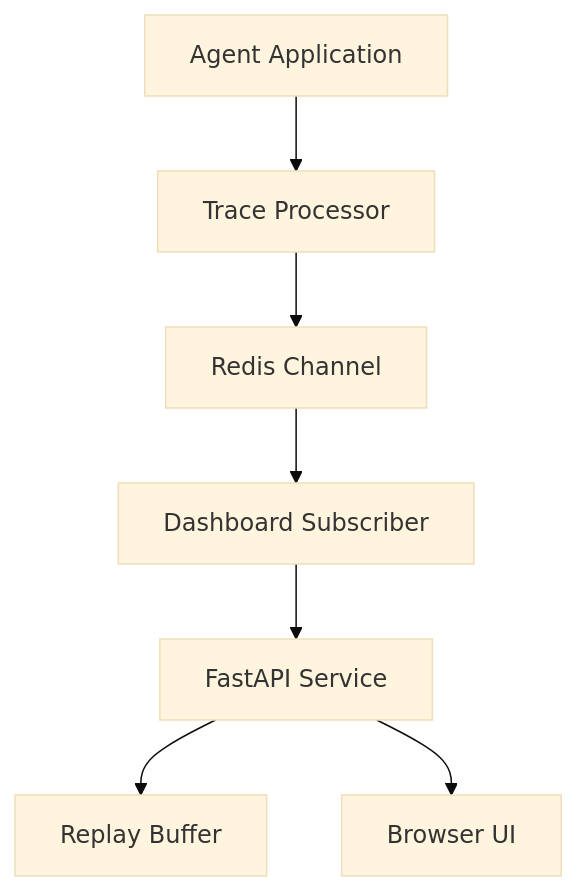
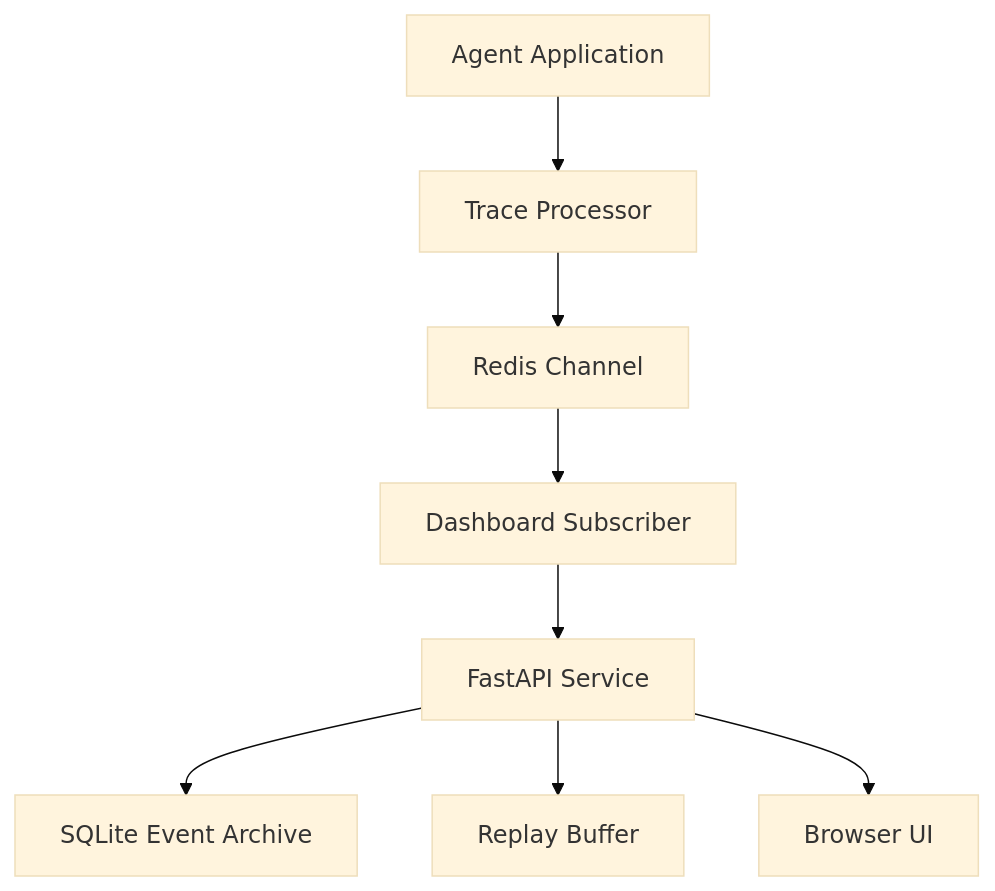
One commit to cubetribe/OpenAI_Agent_SDK_Dashboard changed the diagram in docs/architecture.md. Above: the diagram before and after it, drawn with Mermaid (base theme). The commit also changed other lines of this file and 28 other files, not shown here.

````diff
--- a/docs/architecture.md
+++ b/docs/architecture.md
@@ -10,9 +10,10 @@
 ```mermaid
 flowchart TD
   App["Agent Application"] --> Processor["Trace Processor"]
   Processor --> Channel["Redis Channel"]
   Channel --> Subscriber["Dashboard Subscriber"]
   Subscriber --> Service["FastAPI Service"]
+  Service --> Archive["SQLite Event Archive"]
   Service --> Replay["Replay Buffer"]
   Service --> Browser["Browser UI"]
 ```
````
